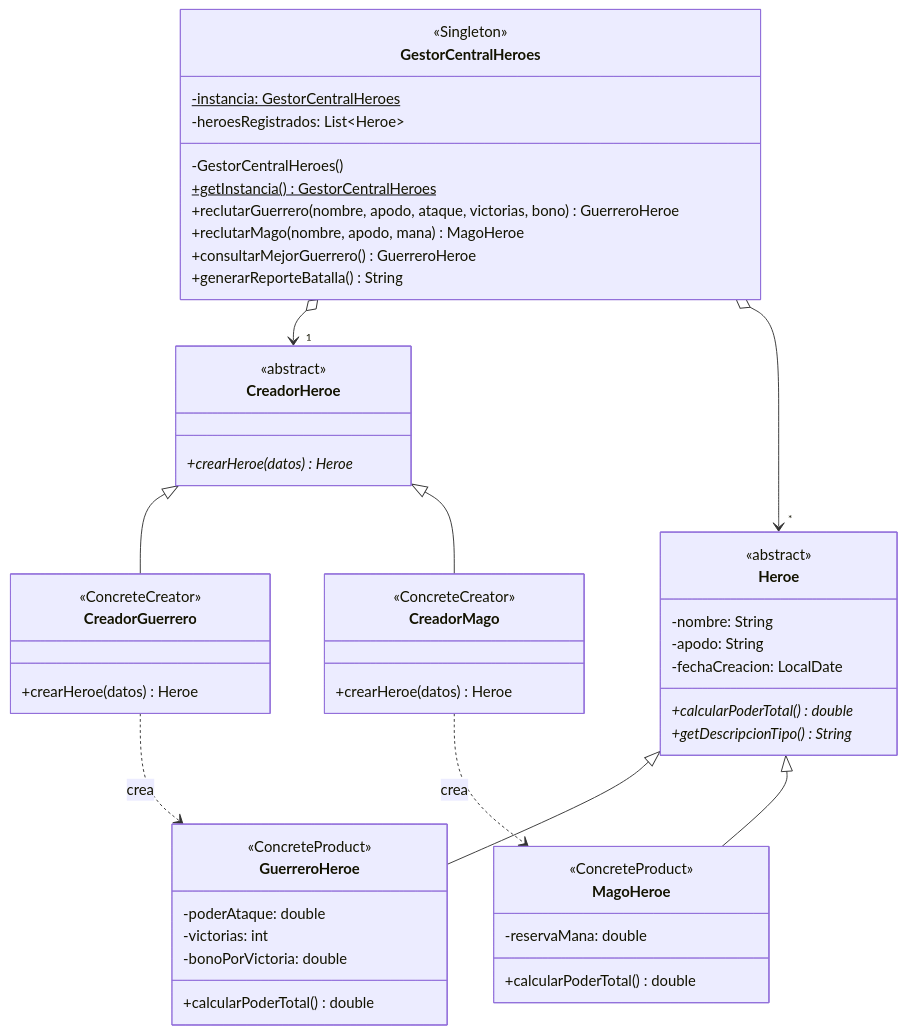
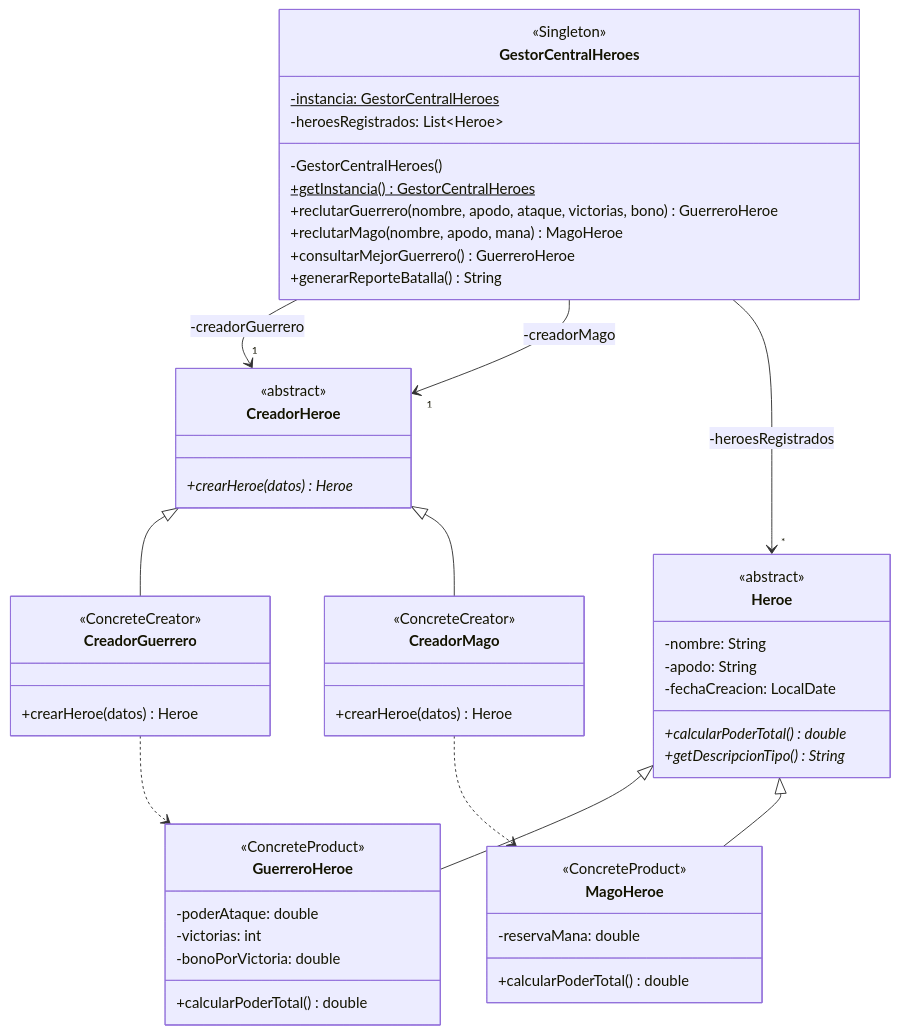
The diagram in docs/diagramas/05-heroes-factory-singleton-facade/README.md (Axldev1991/metodologia-sistemas-2-tp2), drawn with Mermaid before and after one commit. The commit also changed 1 other file, not shown here.

Commit message:
fix(docs): align Adapter and Heroes Mermaid diagrams with UML and Java code

````diff
--- a/docs/diagramas/05-heroes-factory-singleton-facade/README.md
+++ b/docs/diagramas/05-heroes-factory-singleton-facade/README.md
@@ -34,66 +34,67 @@
 ```mermaid
 classDiagram
     direction TB
 
     class GestorCentralHeroes {
         <<Singleton>>
         <<Facade>>
         -instancia: GestorCentralHeroes$
         -heroesRegistrados: List~Heroe~
         -GestorCentralHeroes()
         +getInstancia()$ GestorCentralHeroes
         +reclutarGuerrero(nombre, apodo, ataque, victorias, bono) GuerreroHeroe
         +reclutarMago(nombre, apodo, mana) MagoHeroe
         +consultarMejorGuerrero() GuerreroHeroe
         +generarReporteBatalla() String
     }
 
     class CreadorHeroe {
         <<abstract>>
         <<Creator>>
         +crearHeroe(datos)* Heroe
     }
 
     class CreadorGuerrero {
         <<ConcreteCreator>>
         +crearHeroe(datos) Heroe
     }
 
     class CreadorMago {
         <<ConcreteCreator>>
         +crearHeroe(datos) Heroe
     }
 
     class Heroe {
         <<abstract>>
         <<Product>>
         -nombre: String
         -apodo: String
         -fechaCreacion: LocalDate
         +calcularPoderTotal()* double
         +getDescripcionTipo()* String
     }
 
     class GuerreroHeroe {
         <<ConcreteProduct>>
         -poderAtaque: double
         -victorias: int
         -bonoPorVictoria: double
         +calcularPoderTotal() double
     }
 
     class MagoHeroe {
         <<ConcreteProduct>>
         -reservaMana: double
         +calcularPoderTotal() double
     }
 
-    GestorCentralHeroes o--> "1" CreadorHeroe
-    GestorCentralHeroes o--> "*" Heroe
+    GestorCentralHeroes --> "1" CreadorHeroe : -creadorGuerrero
+    GestorCentralHeroes --> "1" CreadorHeroe : -creadorMago
+    GestorCentralHeroes --> "*" Heroe : -heroesRegistrados
     CreadorHeroe <|-- CreadorGuerrero
     CreadorHeroe <|-- CreadorMago
     Heroe <|-- GuerreroHeroe
     Heroe <|-- MagoHeroe
-    CreadorGuerrero ..> GuerreroHeroe : crea
-    CreadorMago ..> MagoHeroe : crea
+    CreadorGuerrero ..> GuerreroHeroe
+    CreadorMago ..> MagoHeroe
 ```
````
